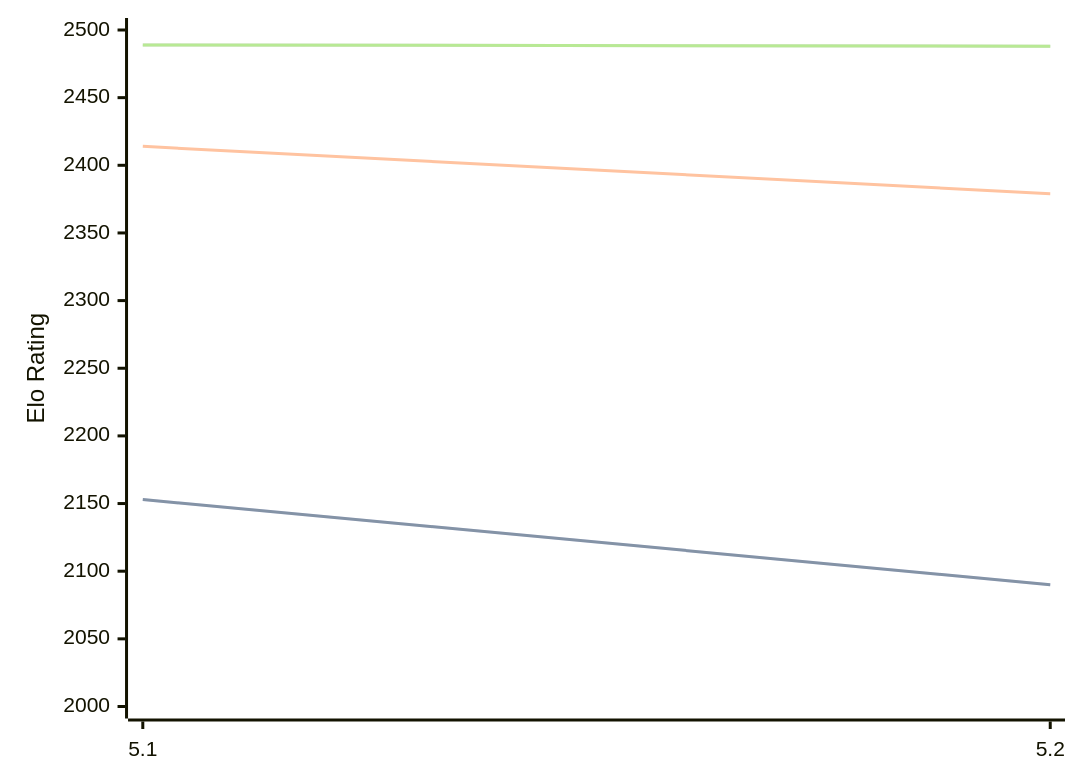
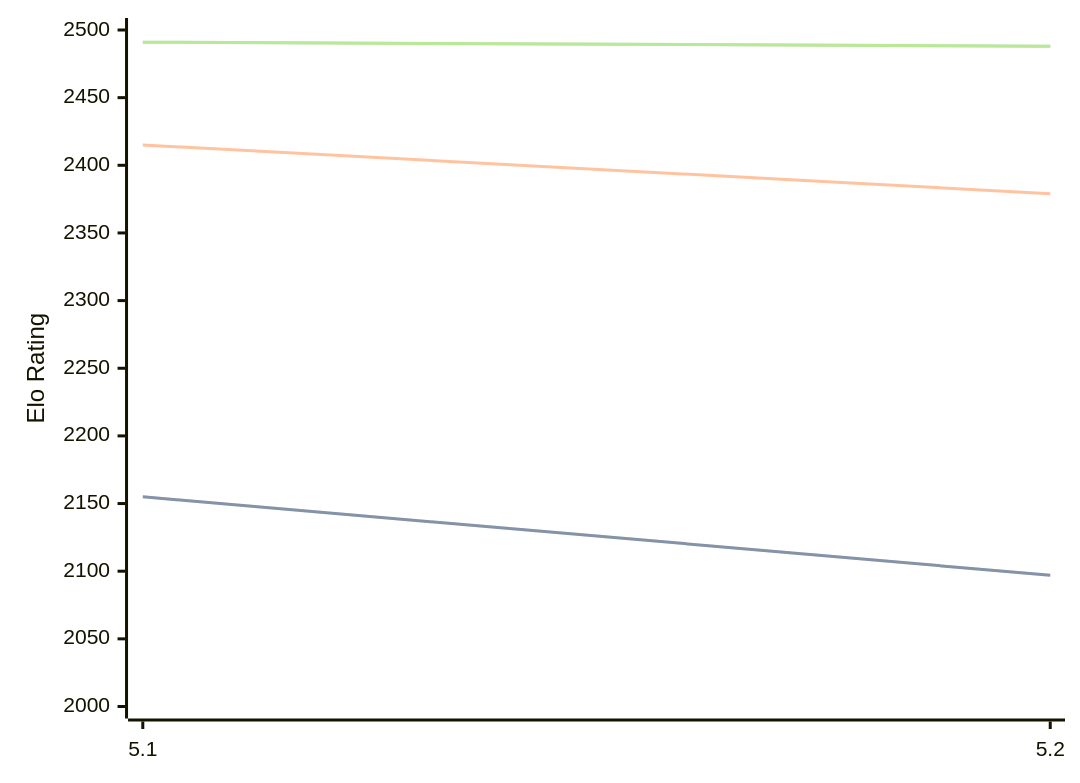
The diagram in engines/Prophet.md (computer-chess-index/cci), drawn with Mermaid before and after one commit. The commit also changed other lines of this file, not shown here.

Commit message:
Update CCI Ratings (ELO VLTC) - 2026-07-25

````diff
--- a/engines/Prophet.md
+++ b/engines/Prophet.md
@@ -38,11 +38,11 @@
 ```mermaid
 %%{init: {"theme":"base","themeVariables":{"seriesColors:['#a3a3a3','#222221','#faa371']}}}%%
 xychart-beta
   x-axis ["5.1", "5.2"]
   y-axis "Elo Rating" 2000 --> 2500
-  line "STC (8.0+0.08s)" [2153, 2090]
-  line "STC (8.0+0.08s)" [2153, 2090]
-  line "LTC (60.0+0.60s)" [2414, 2379]
-  line "VLTC (2m24s+1.12s)" [2489, 2488]
-  line "VLTC (2m24s+1.12s)" [2489, 2488]
+  line "STC (8.0+0.08s)" [2155, 2097]
+  line "STC (8.0+0.08s)" [2155, 2097]
+  line "LTC (60.0+0.60s)" [2415, 2379]
+  line "VLTC (2m24s+1.12s)" [2491, 2488]
+  line "VLTC (2m24s+1.12s)" [2491, 2488]
 ```
````
